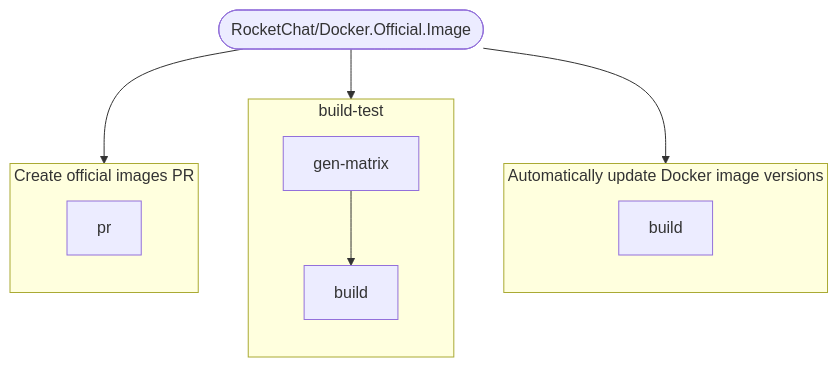
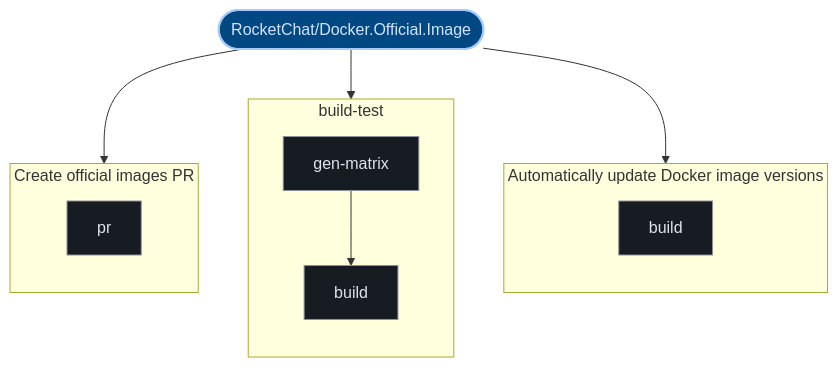
The third of 3 diagrams in exports/latest/reports/RocketChat-Docker.Official.Image-report.md (kumarshaz/atruss-code-atlas), drawn with Mermaid before and after one commit. The commit also changed other lines of this file and 331 other files, not shown here.

Commit message:
docs,ui,fix: update SDLC docs, reorder CI/CD DAG first, stylize Mermaid, and fix Arc42 pipeline topology

````diff
--- a/exports/latest/reports/RocketChat-Docker.Official.Image-report.md
+++ b/exports/latest/reports/RocketChat-Docker.Official.Image-report.md
@@ -134,21 +145,28 @@
 ```mermaid
 graph TD;
-  pipeline_root(["RocketChat/Docker.Official.Image"])
+  classDef atlasRoot fill:#004882,stroke:#a3c9ff,stroke-width:2px,color:#d3e4ff
+  classDef atlasCategory fill:#212428,stroke:#E87A48,stroke-width:1.5px,color:#dfe3eb
+  classDef atlasWorkflow fill:#1b2026,stroke:#a3c9ff,stroke-width:1.5px,color:#dfe3eb
+  classDef atlasJob fill:#171c22,stroke:#8d9199,stroke-width:1px,color:#dfe3eb
+  classDef atlasTarget fill:#005227,stroke:#8bd99b,stroke-width:1.5px,color:#a7f6b6
+  classDef atlasAlert fill:#93000a,stroke:#ffb4ab,stroke-width:1.5px,color:#ffdad6
+  classDef atlasMore fill:#252a31,stroke:#8d9199,stroke-dasharray:4 4,color:#c3c6cf
+  pipeline_root(["RocketChat/Docker.Official.Image"]):::atlasRoot
   subgraph Automatically_update_Docker_image_versions_0["Automatically update Docker image versions"]
     direction TB
-    0_build["build"]
+    0_build["build"]:::atlasJob
   end
   pipeline_root --> 0_build
   subgraph build_test_1["build-test"]
     direction TB
-    1_gen_matrix["gen-matrix"]
-    1_build["build"]
+    1_gen_matrix["gen-matrix"]:::atlasJob
+    1_build["build"]:::atlasJob
     1_gen_matrix --> 1_build
   end
   pipeline_root --> 1_gen_matrix
   subgraph Create_official_images_PR_2["Create official images PR"]
     direction TB
-    2_pr["pr"]
+    2_pr["pr"]:::atlasJob
   end
   pipeline_root --> 2_pr
 ```
````
